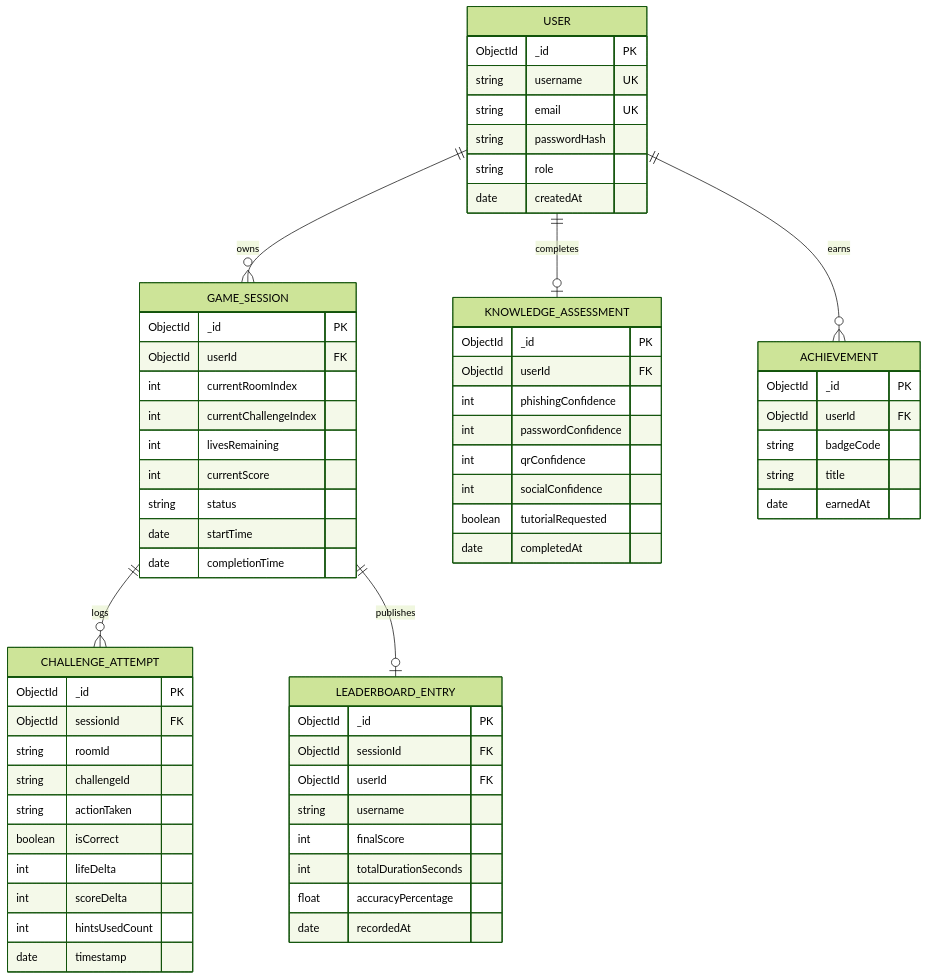
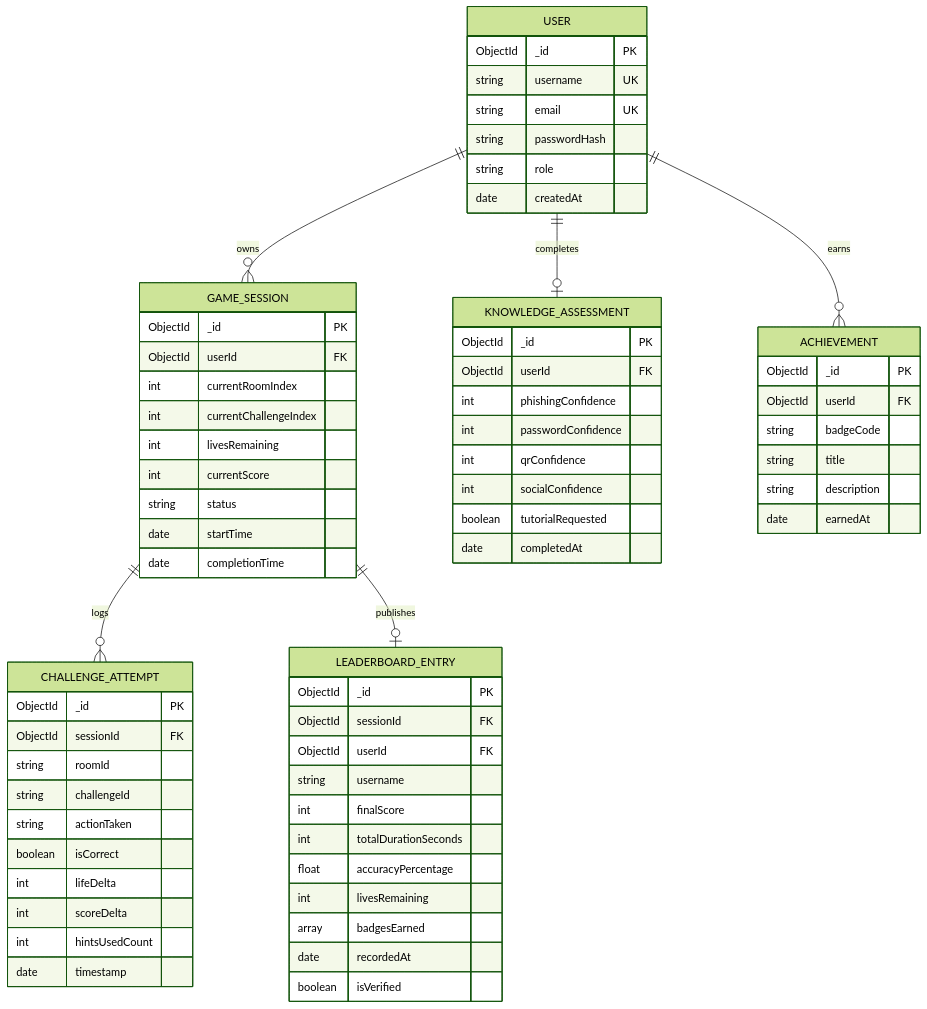
One commit to spak-09/Escape_room changed the seventh of 8 diagrams in docs/TECHNICAL_ARCHITECTURE.md. Above: the diagram before and after it, drawn with Mermaid (forest theme). The commit also changed other lines of this file and 5 other files, not shown here.

````diff
--- a/docs/TECHNICAL_ARCHITECTURE.md
+++ b/docs/TECHNICAL_ARCHITECTURE.md
@@ -318,72 +318,76 @@
 ```mermaid
 erDiagram
     USER ||--o{ GAME_SESSION : owns
     USER ||--o| KNOWLEDGE_ASSESSMENT : completes
     USER ||--o{ ACHIEVEMENT : earns
     GAME_SESSION ||--o{ CHALLENGE_ATTEMPT : logs
     GAME_SESSION ||--o| LEADERBOARD_ENTRY : publishes
 
     USER {
         ObjectId _id PK
         string username UK
         string email UK
         string passwordHash
         string role
         date createdAt
     }
 
     KNOWLEDGE_ASSESSMENT {
         ObjectId _id PK
         ObjectId userId FK
         int phishingConfidence
         int passwordConfidence
         int qrConfidence
         int socialConfidence
         boolean tutorialRequested
         date completedAt
     }
 
     GAME_SESSION {
         ObjectId _id PK
         ObjectId userId FK
         int currentRoomIndex
         int currentChallengeIndex
         int livesRemaining
         int currentScore
         string status
         date startTime
         date completionTime
     }
 
     CHALLENGE_ATTEMPT {
         ObjectId _id PK
         ObjectId sessionId FK
         string roomId
         string challengeId
         string actionTaken
         boolean isCorrect
         int lifeDelta
         int scoreDelta
         int hintsUsedCount
         date timestamp
     }
 
     LEADERBOARD_ENTRY {
         ObjectId _id PK
         ObjectId sessionId FK
         ObjectId userId FK
         string username
         int finalScore
         int totalDurationSeconds
         float accuracyPercentage
+        int livesRemaining
+        array badgesEarned
         date recordedAt
+        boolean isVerified
     }
 
     ACHIEVEMENT {
         ObjectId _id PK
         ObjectId userId FK
         string badgeCode
         string title
+        string description
         date earnedAt
     }
 ```
````
